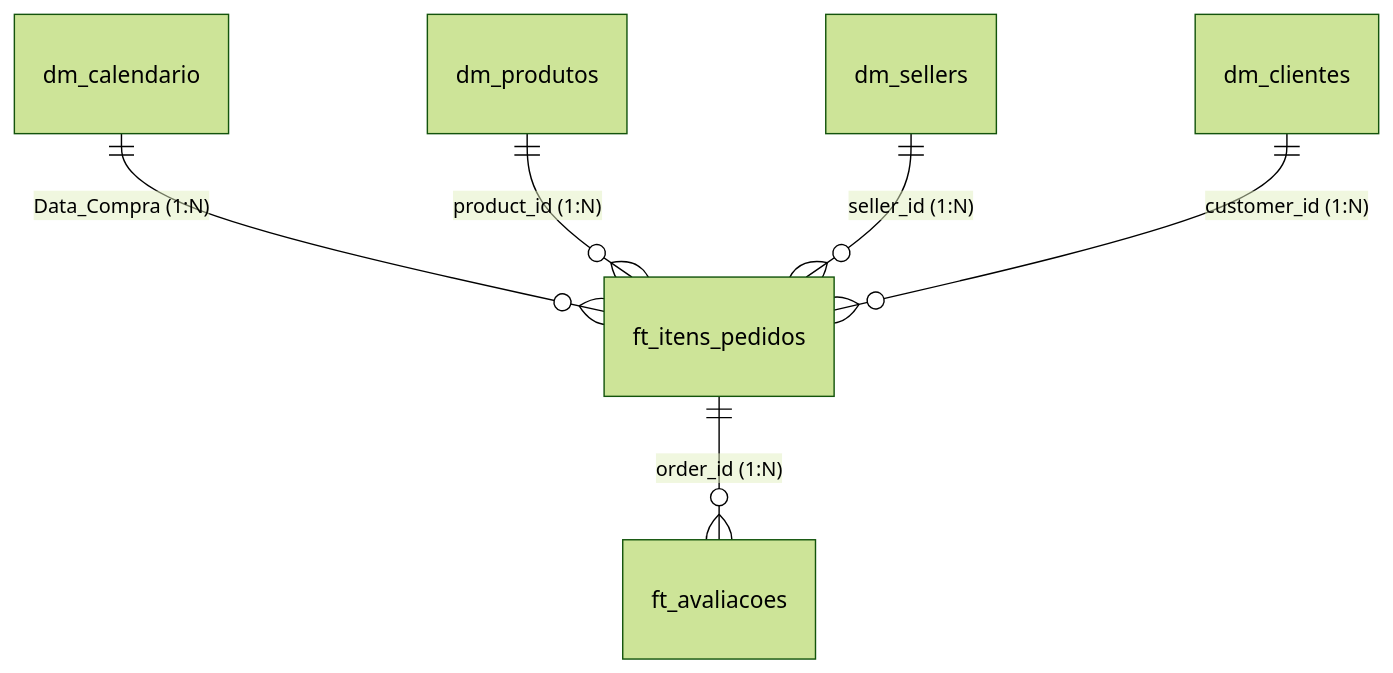
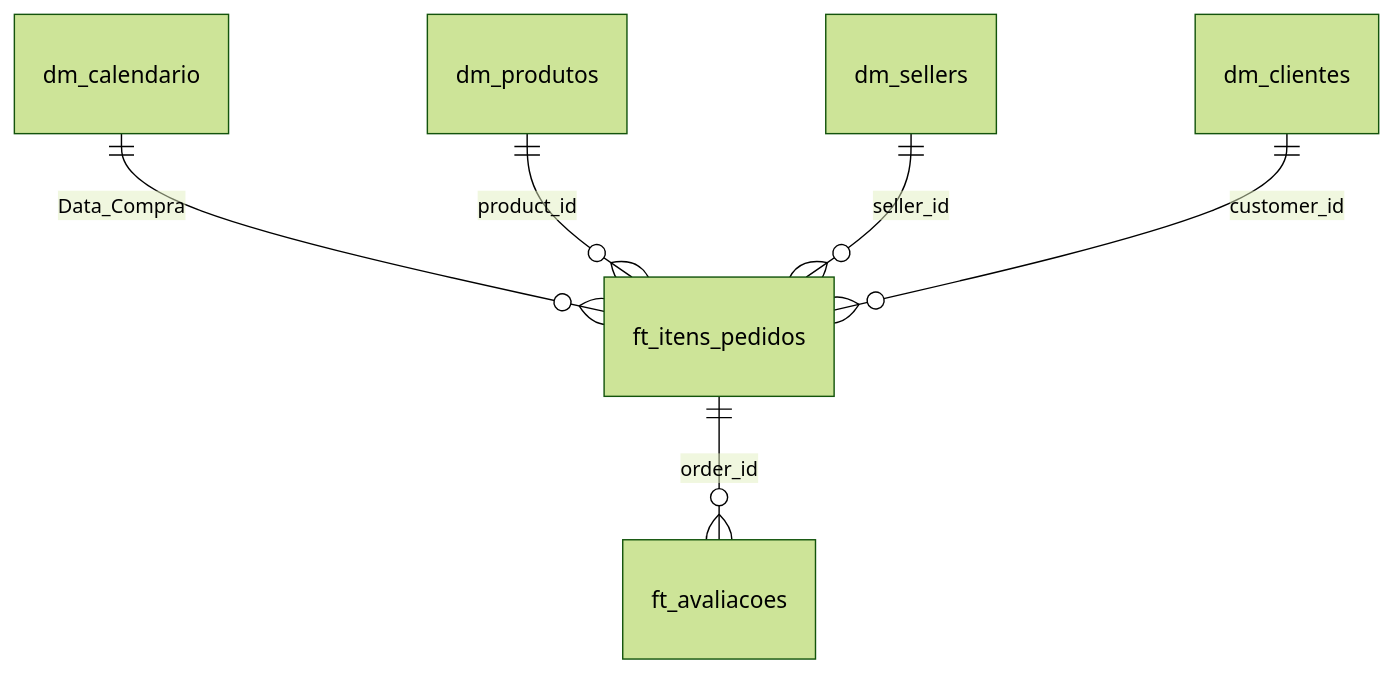
One commit to jhonnybsilva/desafio-tecnico-rzk changed the diagram in README.md. Above: the diagram before and after it, drawn with Mermaid (forest theme). The commit also changed other lines of this file and 3 other files, not shown here.

````diff
--- a/README.md
+++ b/README.md
@@ -69,8 +47,8 @@
 ```mermaid
 erDiagram
-    dm_calendario ||--o{ ft_itens_pedidos : "Data_Compra (1:N)"
-    dm_produtos ||--o{ ft_itens_pedidos : "product_id (1:N)"
-    dm_sellers ||--o{ ft_itens_pedidos : "seller_id (1:N)"
-    dm_clientes ||--o{ ft_itens_pedidos : "customer_id (1:N)"
-    ft_itens_pedidos ||--o{ ft_avaliacoes : "order_id (1:N)"
+    dm_calendario ||--o{ ft_itens_pedidos : "Data_Compra"
+    dm_produtos ||--o{ ft_itens_pedidos : "product_id"
+    dm_sellers ||--o{ ft_itens_pedidos : "seller_id"
+    dm_clientes ||--o{ ft_itens_pedidos : "customer_id"
+    ft_itens_pedidos ||--o{ ft_avaliacoes : "order_id"
 ```
````
